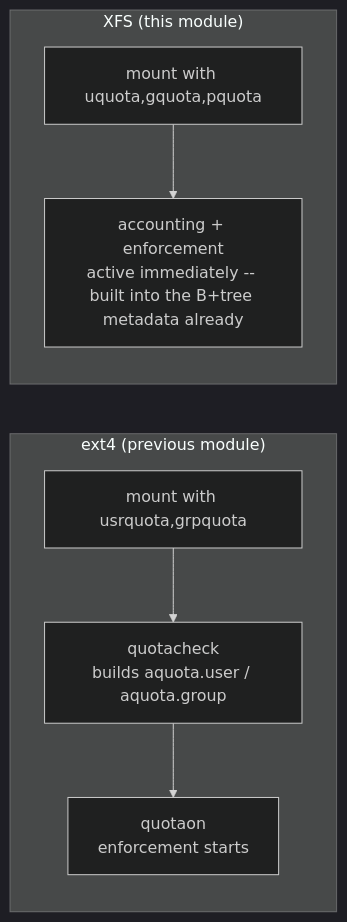
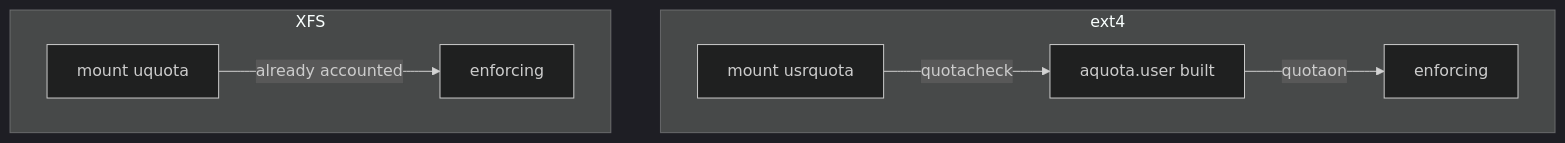
Before and after one commit to astrona-io/ATS004: the diagram in sections/section-080/module-03/course-01-xfs-quotas-and-user-limits.md, drawn with Mermaid (dark theme). The commit also changed other lines of this file and 287 other files, not shown here.

````diff
--- a/sections/section-080/module-03/course-01-xfs-quotas-and-user-limits.md
+++ b/sections/section-080/module-03/course-01-xfs-quotas-and-user-limits.md
@@ -20,10 +18,10 @@
 ```mermaid
-flowchart LR
-    subgraph EXT4["ext4 (previous module)"]
-        E1["mount with usrquota,grpquota"] --> E2["quotacheck<br/>builds aquota.user / aquota.group"] --> E3["quotaon<br/>enforcement starts"]
+flowchart TB
+    subgraph EXT4["ext4"]
+        E1["mount usrquota"] -->|"quotacheck"| E2["aquota.user built"]
+        E2 -->|"quotaon"| E3["enforcing"]
     end
-
-    subgraph XFS["XFS (this module)"]
-        X1["mount with uquota,gquota,pquota"] --> X2["accounting + enforcement<br/>active immediately -- built into the B+tree metadata already"]
+    subgraph XFS["XFS"]
+        X1["mount uquota"] -->|"already accounted"| X2["enforcing"]
     end
 ```
````
